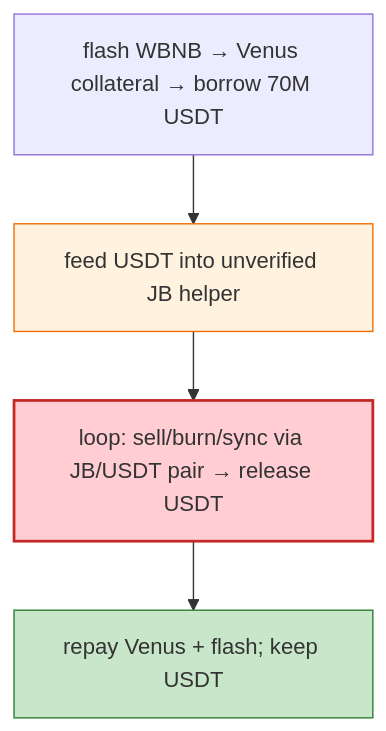
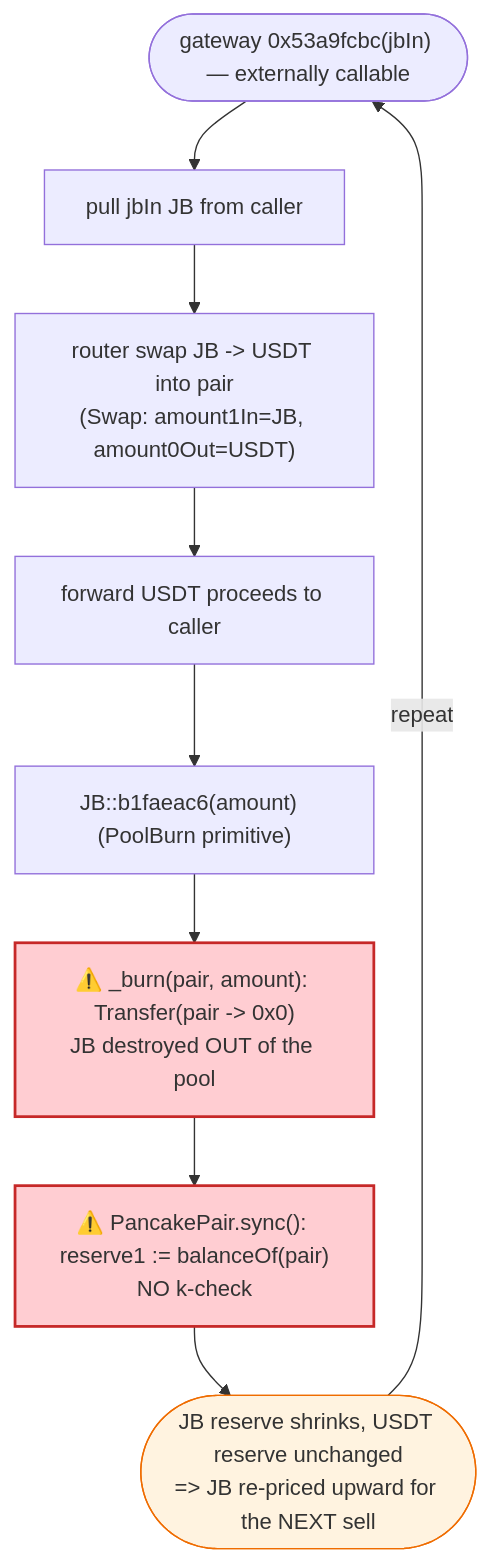
The third of 4 diagrams in 2026-06-JB_exp/JB_exp.md (sanbir/evm-hack-registry), drawn with Mermaid before and after one commit. The commit also changed other lines of this file and 32 other files, not shown here.

````diff
--- a/2026-06-JB_exp/JB_exp.md
+++ b/2026-06-JB_exp/JB_exp.md
@@ -39,10 +368,15 @@
 ```mermaid
 flowchart TD
-    FL["flash WBNB → Venus collateral → borrow 70M USDT"] --> H["feed USDT into unverified JB helper"]
-    H --> L["loop: sell/burn/sync via JB/USDT pair → release USDT"]
-    L --> RP["repay Venus + flash; keep USDT"]
+    Start(["gateway 0x53a9fcbc(jbIn) — externally callable"]) --> Pull["pull jbIn JB from caller"]
+    Pull --> Sell["router swap JB -> USDT into pair<br/>(Swap: amount1In=JB, amount0Out=USDT)"]
+    Sell --> Fwd["forward USDT proceeds to caller"]
+    Fwd --> Burn["JB::b1faeac6(amount)  (PoolBurn primitive)"]
+    Burn --> B1["⚠️ _burn(pair, amount): Transfer(pair -> 0x0)<br/>JB destroyed OUT of the pool"]
+    B1 --> B2["⚠️ PancakePair.sync(): reserve1 := balanceOf(pair)<br/>NO k-check"]
+    B2 --> Broken(["JB reserve shrinks, USDT reserve unchanged<br/>=> JB re-priced upward for the NEXT sell"])
+    Broken -->|"repeat"| Start
 
-    style H fill:#fff3e0,stroke:#ef6c00
-    style L fill:#ffcdd2,stroke:#c62828,stroke-width:2px
-    style RP fill:#c8e6c9,stroke:#2e7d32
+    style B1 fill:#ffcdd2,stroke:#c62828,stroke-width:2px
+    style B2 fill:#ffcdd2,stroke:#c62828,stroke-width:2px
+    style Broken fill:#fff3e0,stroke:#ef6c00
 ```
````
